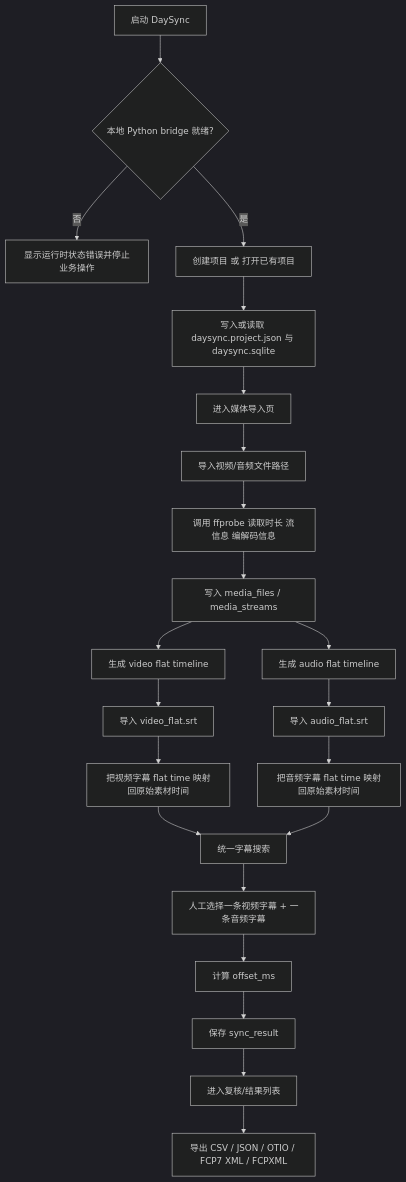
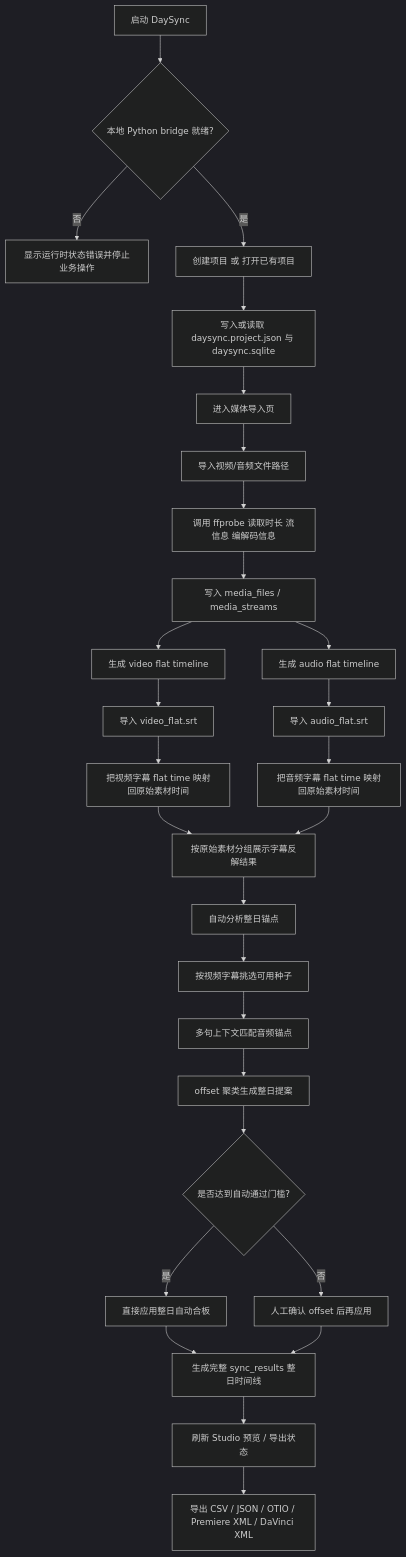
One commit to luojiang419/daysync changed the first of 2 diagrams in doc/DaySync_合板流程图.md. Above: the diagram before and after it, drawn with Mermaid (dark theme). The commit also changed other lines of this file and 14 other files, not shown here.

````diff
--- a/doc/DaySync_合板流程图.md
+++ b/doc/DaySync_合板流程图.md
@@ -11,24 +11,30 @@
 ```mermaid
 flowchart TD
     A[启动 DaySync] --> B{本地 Python bridge 就绪?}
     B -- 否 --> B1[显示运行时状态错误并停止业务操作]
     B -- 是 --> C[创建项目 或 打开已有项目]
     C --> D[写入或读取 daysync.project.json 与 daysync.sqlite]
     D --> E[进入媒体导入页]
     E --> F[导入视频/音频文件路径]
     F --> G[调用 ffprobe 读取时长 流信息 编解码信息]
     G --> H[写入 media_files / media_streams]
     H --> I[生成 video flat timeline]
     H --> J[生成 audio flat timeline]
     I --> K[导入 video_flat.srt]
     J --> L[导入 audio_flat.srt]
     K --> M[把视频字幕 flat time 映射回原始素材时间]
     L --> N[把音频字幕 flat time 映射回原始素材时间]
-    M --> O[统一字幕搜索]
+    M --> O[按原始素材分组展示字幕反解结果]
     N --> O
-    O --> P[人工选择一条视频字幕 + 一条音频字幕]
-    P --> Q[计算 offset_ms]
-    Q --> R[保存 sync_result]
-    R --> S[进入复核/结果列表]
-    S --> T[导出 CSV / JSON / OTIO / FCP7 XML / FCPXML]
+    O --> P[自动分析整日锚点]
+    P --> Q[按视频字幕挑选可用种子]
+    Q --> R[多句上下文匹配音频锚点]
+    R --> S[offset 聚类生成整日提案]
+    S --> T{是否达到自动通过门槛?}
+    T -- 是 --> U[直接应用整日自动合板]
+    T -- 否 --> V[人工确认 offset 后再应用]
+    U --> W[生成完整 sync_results 整日时间线]
+    V --> W
+    W --> X[刷新 Studio 预览 / 导出状态]
+    X --> Y[导出 CSV / JSON / OTIO / Premiere XML / DaVinci XML]
 ```
````
